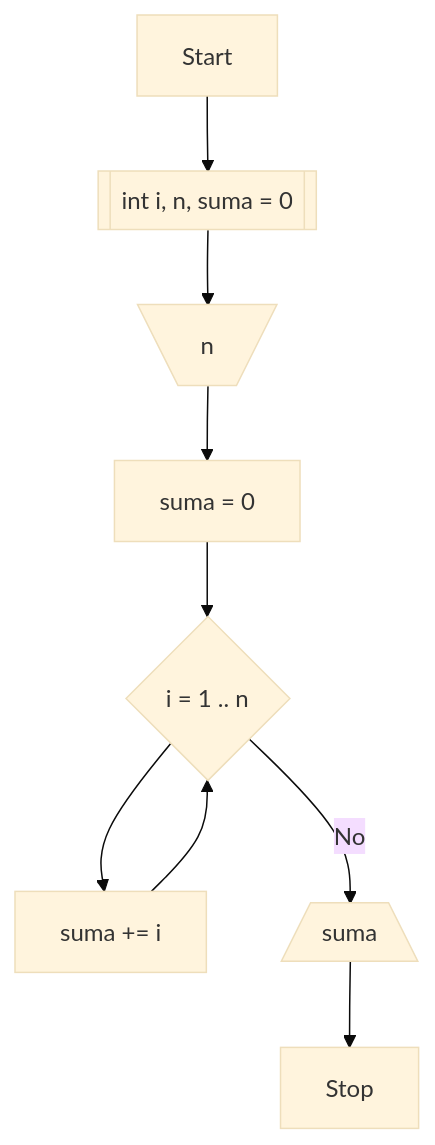
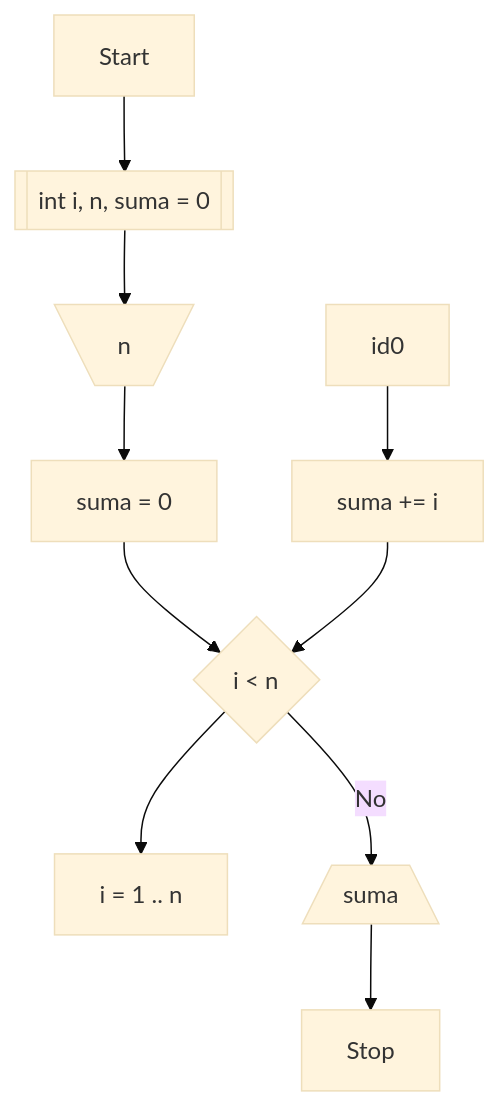
The diagram in zadatak.md (radlovacki/proba), drawn with Mermaid (base theme) before and after one commit.

````diff
--- a/zadatak.md
+++ b/zadatak.md
@@ -25,11 +25,12 @@
 ```mermaid
 flowchart TD
     Start --> id1[[int i, n, suma = 0]]
     id1 --> id2[\n/]
     id2 --> id3[suma = 0]
-    id3 --> id4{i = 1 .. n}
-    id4 --> id5[suma += i]
+    id3 --> id4{i < n}
+    id4 --> id40[i = 1 .. n]
+    id0 --> id5[suma += i]
     id5 --> id4
     id4 -->|No| id6[/suma\]
     id6 --> id7[Stop]
 ```
````
